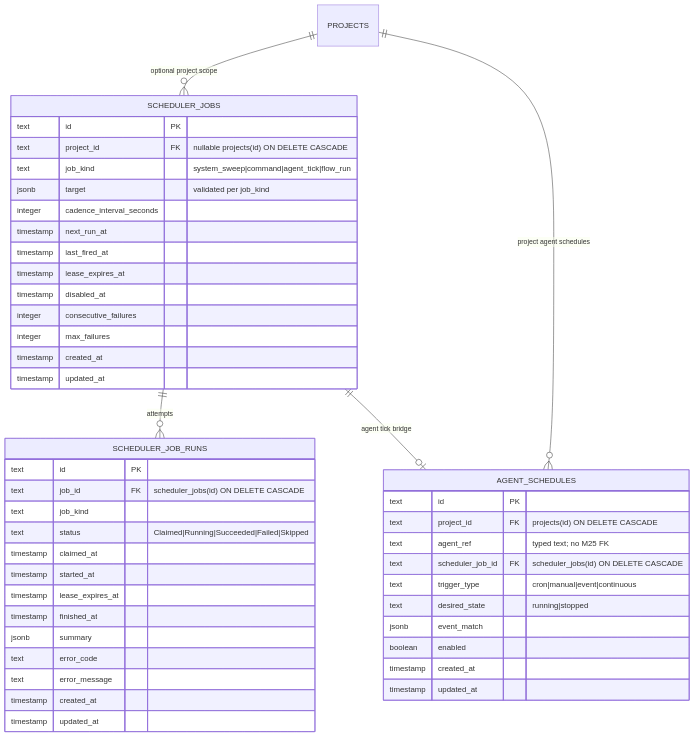
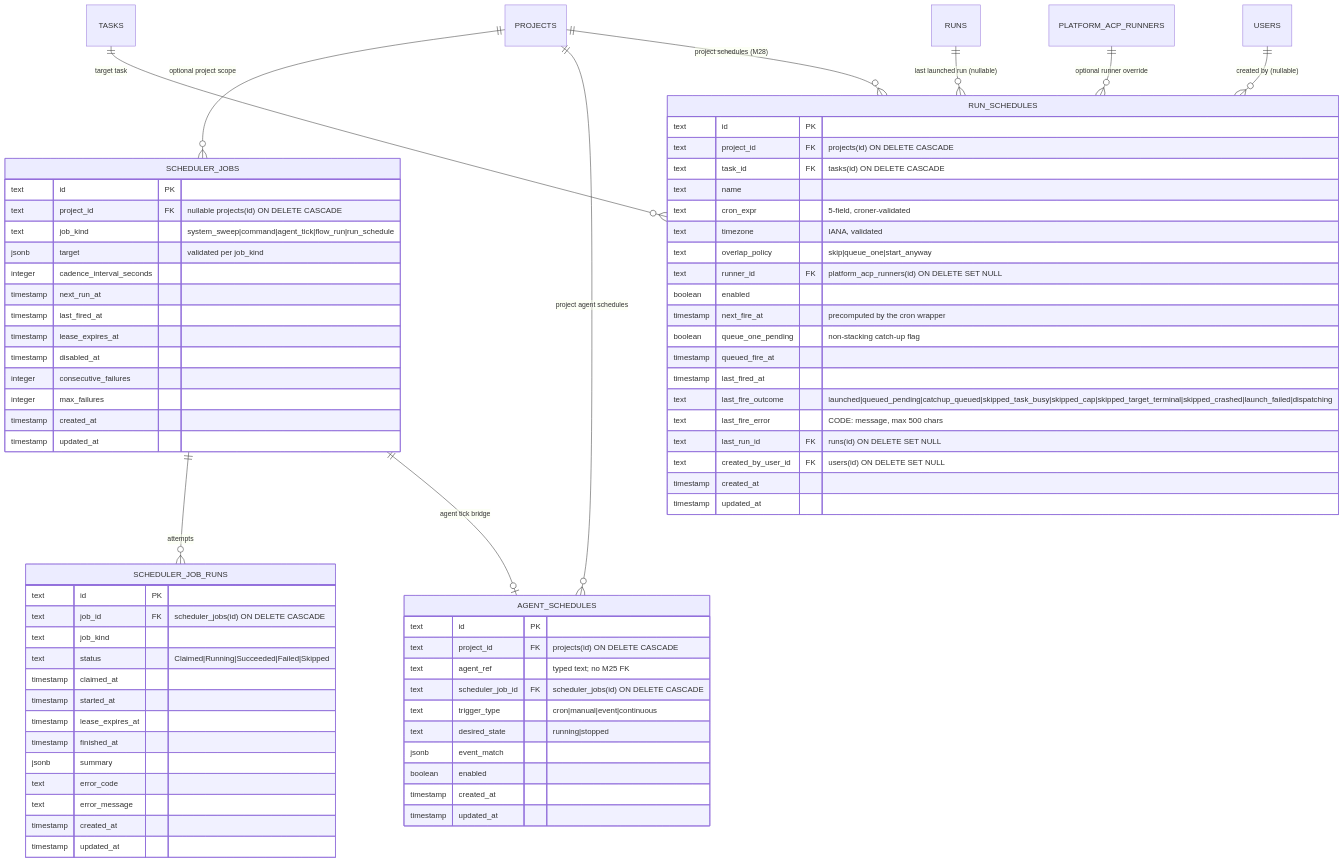
The diagram in docs/db/scheduler-domain.md (maister-dev/maister), drawn with Mermaid before and after one commit. The commit also changed other lines of this file and 8 other files, not shown here.

First line of the commit message:
docs(run-schedules): ADR-071 + analytics/ERD/OpenAPI specs (Designed)

````diff
--- a/docs/db/scheduler-domain.md
+++ b/docs/db/scheduler-domain.md
@@ -10,52 +16,79 @@
 ```mermaid
 erDiagram
     PROJECTS ||--o{ SCHEDULER_JOBS : "optional project scope"
     SCHEDULER_JOBS ||--o{ SCHEDULER_JOB_RUNS : "attempts"
     PROJECTS ||--o{ AGENT_SCHEDULES : "project agent schedules"
     SCHEDULER_JOBS ||--o| AGENT_SCHEDULES : "agent tick bridge"
+    PROJECTS ||--o{ RUN_SCHEDULES : "project schedules (M28)"
+    TASKS ||--o{ RUN_SCHEDULES : "target task"
+    RUNS ||--o{ RUN_SCHEDULES : "last launched run (nullable)"
+    PLATFORM_ACP_RUNNERS ||--o{ RUN_SCHEDULES : "optional runner override"
+    USERS ||--o{ RUN_SCHEDULES : "created by (nullable)"
 
     SCHEDULER_JOBS {
         text id PK
         text project_id FK "nullable projects(id) ON DELETE CASCADE"
-        text job_kind "system_sweep|command|agent_tick|flow_run"
+        text job_kind "system_sweep|command|agent_tick|flow_run|run_schedule"
         jsonb target "validated per job_kind"
         integer cadence_interval_seconds
         timestamp next_run_at
         timestamp last_fired_at
         timestamp lease_expires_at
         timestamp disabled_at
         integer consecutive_failures
         integer max_failures
         timestamp created_at
         timestamp updated_at
     }
 
     SCHEDULER_JOB_RUNS {
         text id PK
         text job_id FK "scheduler_jobs(id) ON DELETE CASCADE"
         text job_kind
         text status "Claimed|Running|Succeeded|Failed|Skipped"
         timestamp claimed_at
         timestamp started_at
         timestamp lease_expires_at
         timestamp finished_at
         jsonb summary
         text error_code
         text error_message
         timestamp created_at
         timestamp updated_at
     }
 
     AGENT_SCHEDULES {
         text id PK
         text project_id FK "projects(id) ON DELETE CASCADE"
         text agent_ref "typed text; no M25 FK"
         text scheduler_job_id FK "scheduler_jobs(id) ON DELETE CASCADE"
         text trigger_type "cron|manual|event|continuous"
         text desired_state "running|stopped"
         jsonb event_match
         boolean enabled
         timestamp created_at
         timestamp updated_at
     }
+
+    RUN_SCHEDULES {
+        text id PK
+        text project_id FK "projects(id) ON DELETE CASCADE"
+        text task_id FK "tasks(id) ON DELETE CASCADE"
+        text name
+        text cron_expr "5-field, croner-validated"
+        text timezone "IANA, validated"
+        text overlap_policy "skip|queue_one|start_anyway"
+        text runner_id FK "platform_acp_runners(id) ON DELETE SET NULL"
+        boolean enabled
+        timestamp next_fire_at "precomputed by the cron wrapper"
+        boolean queue_one_pending "non-stacking catch-up flag"
+        timestamp queued_fire_at
+        timestamp last_fired_at
+        text last_fire_outcome "launched|queued_pending|catchup_queued|skipped_task_busy|skipped_cap|skipped_target_terminal|skipped_crashed|launch_failed|dispatching"
+        text last_fire_error "CODE: message, max 500 chars"
+        text last_run_id FK "runs(id) ON DELETE SET NULL"
+        text created_by_user_id FK "users(id) ON DELETE SET NULL"
+        timestamp created_at
+        timestamp updated_at
+    }
 ```
````
